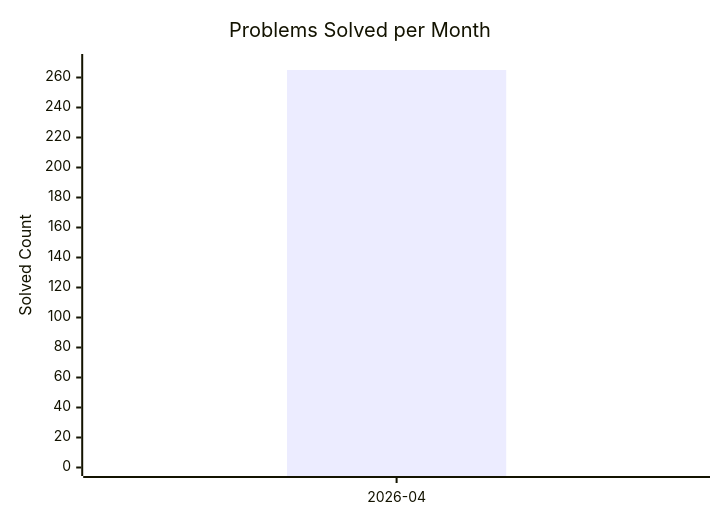
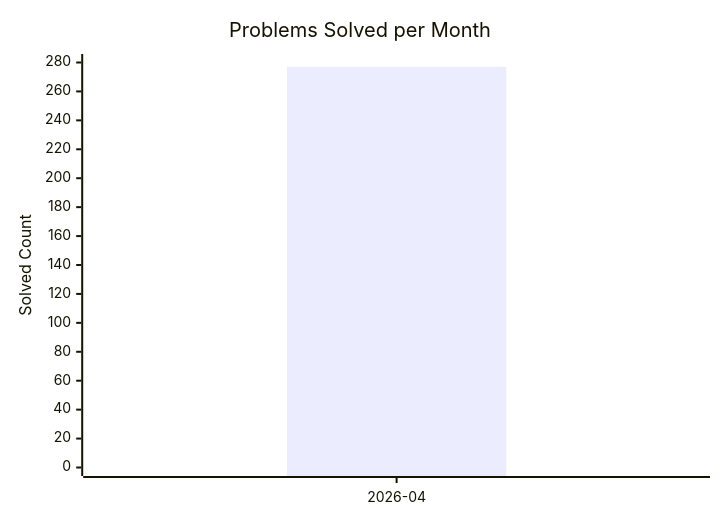
The diagram in dashboard.md (AdityaPandey-DEV/CP-Progress-Sync), drawn with Mermaid before and after one commit. The commit also changed other lines of this file, not shown here.

Commit message:
Auto-update CP dashboard [skip ci]

````diff
--- a/dashboard.md
+++ b/dashboard.md
@@ -8,8 +8,8 @@
 ```mermaid
 xychart-beta
     title "Problems Solved per Month"
     x-axis ["2026-04"]
-    y-axis "Solved Count" 0 --> 270
-    bar [265]
-    line [265]
+    y-axis "Solved Count" 0 --> 280
+    bar [277]
+    line [277]
 ```
````
